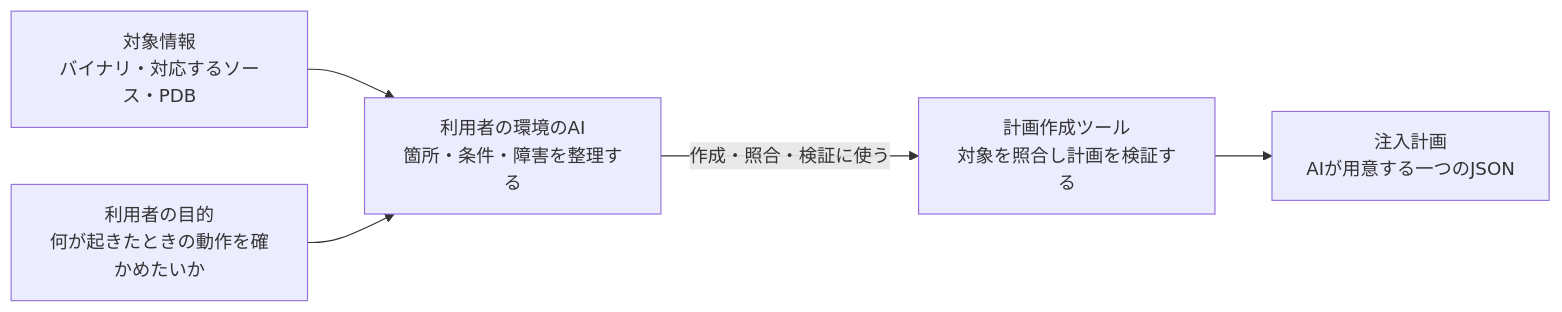
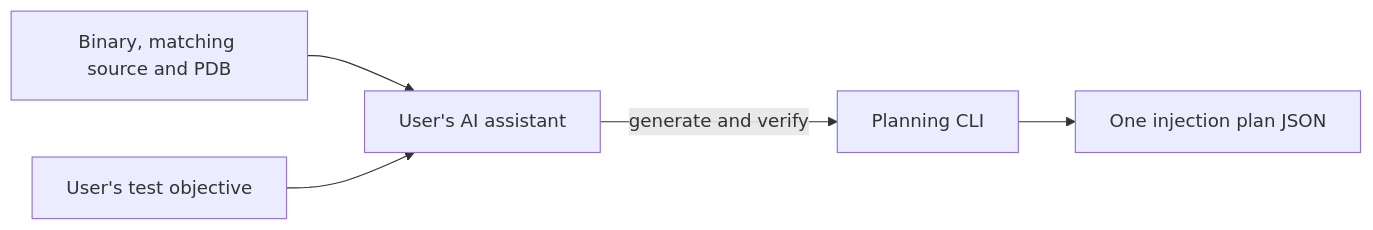
The second of 2 diagrams in CORE_FILE_INJECTION.md (synthaicode/DotNet-Fault-Injection-Agent), drawn with Mermaid before and after one commit. The commit also changed other lines of this file and 46 other files, not shown here.

````diff
--- a/CORE_FILE_INJECTION.md
+++ b/CORE_FILE_INJECTION.md
@@ -20,13 +15,7 @@
 ```mermaid
 flowchart LR
-    A["対象情報<br/>バイナリ・対応するソース・PDB"]
-    I["利用者の目的<br/>何が起きたときの動作を確かめたいか"]
-    AI["利用者の環境のAI<br/>箇所・条件・障害を整理する"]
-    T["計画作成ツール<br/>対象を照合し計画を検証する"]
-    P["注入計画<br/>AIが用意する一つのJSON"]
-
-    A --> AI
-    I --> AI
-    AI -->|作成・照合・検証に使う| T
-    T --> P
+ A["Binary, matching source and PDB"] --> AI["User's AI assistant"]
+ I["User's test objective"] --> AI
+ AI -->|generate and verify| T["Planning CLI"]
+ T --> P["One injection plan JSON"]
 ```
````
